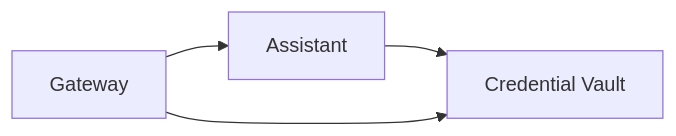
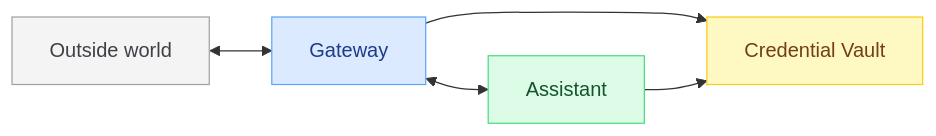
The second of 2 diagrams in clients/docs/src/content/architecture.md (vargasjr-dev/mycadet-temp), drawn with Mermaid before and after one commit. The commit also changed other lines of this file and 2 other files, not shown here.

First line of the commit message:
docs: finish the architecture page TODOs

````diff
--- a/clients/docs/src/content/architecture.md
+++ b/clients/docs/src/content/architecture.md
@@ -50,10 +44,17 @@
 ```mermaid
 flowchart LR
-  Gateway["Gateway"]
-  Assistant["Assistant"]
-  CES["Credential Vault"]
+  classDef world fill:#f4f4f5,stroke:#a1a1aa,color:#3f3f46
+  classDef gateway fill:#dbeafe,stroke:#60a5fa,color:#1e3a8a
+  classDef assistant fill:#dcfce7,stroke:#4ade80,color:#14532d
+  classDef vault fill:#fef9c3,stroke:#facc15,color:#713f12
 
-  Gateway --> Assistant
+  World["Outside world"]:::world
+  Gateway["Gateway"]:::gateway
+  Assistant["Assistant"]:::assistant
+  CES["Credential Vault"]:::vault
+
+  World <--> Gateway
+  Gateway <--> Assistant
+  Gateway --> CES
   Assistant --> CES
-  Gateway --> CES
 ```
````
